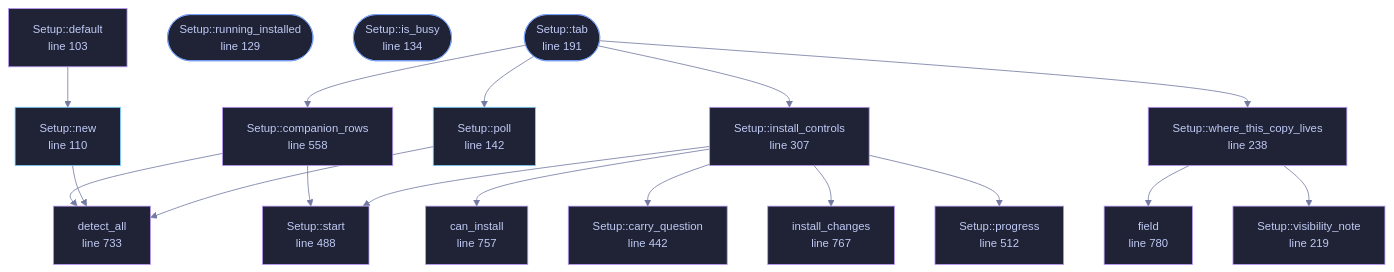
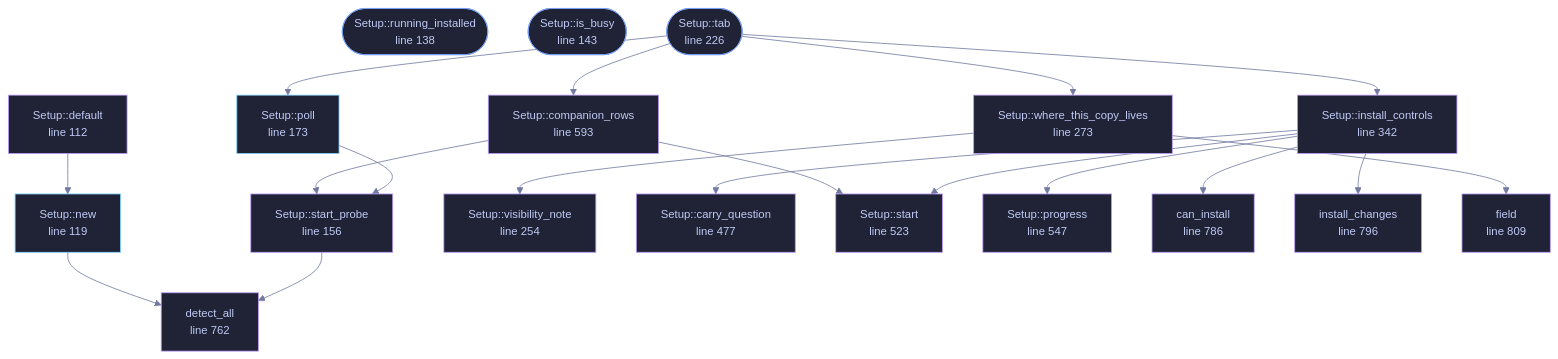
The diagram in docs/files/veilvoice-gui/setup.md (tilas01/veilvoice), drawn with Mermaid before and after one commit. The commit also changed other lines of this file and 57 other files, not shown here.

````diff
--- a/docs/files/veilvoice-gui/setup.md
+++ b/docs/files/veilvoice-gui/setup.md
@@ -113,60 +113,63 @@
 ```mermaid
 %%{init: {"theme":"base","themeVariables":{"background":"#1a1b26","primaryColor":"#1f2335","primaryTextColor":"#c0caf5","primaryBorderColor":"#7aa2f7","secondaryColor":"#16161e","tertiaryColor":"#16161e","lineColor":"#737aa2","textColor":"#c0caf5","mainBkg":"#1f2335","nodeBorder":"#7aa2f7","clusterBkg":"#16161e","clusterBorder":"#2f3549","fontFamily":"ui-monospace, SFMono-Regular, Consolas, monospace","fontSize":"14px"}}}%%
 flowchart TD
-    n_default["Setup::default<br/>line 103"]
-    n_new["Setup::new<br/>line 110"]
-    n_running_installed(["Setup::running_installed<br/>line 129"])
-    n_is_busy(["Setup::is_busy<br/>line 134"])
-    n_poll["Setup::poll<br/>line 142"]
-    n_tab(["Setup::tab<br/>line 191"])
-    n_visibility_note["Setup::visibility_note<br/>line 219"]
-    n_where_this_copy_lives["Setup::where_this_copy_lives<br/>line 238"]
-    n_install_controls["Setup::install_controls<br/>line 307"]
-    n_carry_question["Setup::carry_question<br/>line 442"]
-    n_start["Setup::start<br/>line 488"]
-    n_progress["Setup::progress<br/>line 512"]
-    n_companion_rows["Setup::companion_rows<br/>line 558"]
-    n_detect_all["detect_all<br/>line 733"]
-    n_can_install["can_install<br/>line 757"]
-    n_install_changes["install_changes<br/>line 767"]
-    n_field["field<br/>line 780"]
-    n_companion_rows --> n_detect_all
+    n_default["Setup::default<br/>line 112"]
+    n_new["Setup::new<br/>line 119"]
+    n_running_installed(["Setup::running_installed<br/>line 138"])
+    n_is_busy(["Setup::is_busy<br/>line 143"])
+    n_start_probe["Setup::start_probe<br/>line 156"]
+    n_poll["Setup::poll<br/>line 173"]
+    n_tab(["Setup::tab<br/>line 226"])
+    n_visibility_note["Setup::visibility_note<br/>line 254"]
+    n_where_this_copy_lives["Setup::where_this_copy_lives<br/>line 273"]
+    n_install_controls["Setup::install_controls<br/>line 342"]
+    n_carry_question["Setup::carry_question<br/>line 477"]
+    n_start["Setup::start<br/>line 523"]
+    n_progress["Setup::progress<br/>line 547"]
+    n_companion_rows["Setup::companion_rows<br/>line 593"]
+    n_detect_all["detect_all<br/>line 762"]
+    n_can_install["can_install<br/>line 786"]
+    n_install_changes["install_changes<br/>line 796"]
+    n_field["field<br/>line 809"]
     n_companion_rows --> n_start
+    n_companion_rows --> n_start_probe
     n_default --> n_new
     n_install_controls --> n_can_install
     n_install_controls --> n_carry_question
     n_install_controls --> n_install_changes
     n_install_controls --> n_progress
     n_install_controls --> n_start
     n_new --> n_detect_all
-    n_poll --> n_detect_all
+    n_poll --> n_start_probe
+    n_start_probe --> n_detect_all
     n_tab --> n_companion_rows
     n_tab --> n_install_controls
     n_tab --> n_poll
     n_tab --> n_where_this_copy_lives
     n_where_this_copy_lives --> n_field
     n_where_this_copy_lives --> n_visibility_note
-    click n_default href "https://github.com/tilas01/veilvoice/blob/main/crates/veilvoice-gui/src/setup.rs#L103" "open the source"
-    click n_new href "https://github.com/tilas01/veilvoice/blob/main/crates/veilvoice-gui/src/setup.rs#L110" "open the source"
-    click n_running_installed href "https://github.com/tilas01/veilvoice/blob/main/crates/veilvoice-gui/src/setup.rs#L129" "open the source"
-    click n_is_busy href "https://github.com/tilas01/veilvoice/blob/main/crates/veilvoice-gui/src/setup.rs#L134" "open the source"
-    click n_poll href "https://github.com/tilas01/veilvoice/blob/main/crates/veilvoice-gui/src/setup.rs#L142" "open the source"
-    click n_tab href "https://github.com/tilas01/veilvoice/blob/main/crates/veilvoice-gui/src/setup.rs#L191" "open the source"
-    click n_visibility_note href "https://github.com/tilas01/veilvoice/blob/main/crates/veilvoice-gui/src/setup.rs#L219" "open the source"
-    click n_where_this_copy_lives href "https://github.com/tilas01/veilvoice/blob/main/crates/veilvoice-gui/src/setup.rs#L238" "open the source"
-    click n_install_controls href "https://github.com/tilas01/veilvoice/blob/main/crates/veilvoice-gui/src/setup.rs#L307" "open the source"
-    click n_carry_question href "https://github.com/tilas01/veilvoice/blob/main/crates/veilvoice-gui/src/setup.rs#L442" "open the source"
-    click n_start href "https://github.com/tilas01/veilvoice/blob/main/crates/veilvoice-gui/src/setup.rs#L488" "open the source"
-    click n_progress href "https://github.com/tilas01/veilvoice/blob/main/crates/veilvoice-gui/src/setup.rs#L512" "open the source"
-    click n_companion_rows href "https://github.com/tilas01/veilvoice/blob/main/crates/veilvoice-gui/src/setup.rs#L558" "open the source"
-    click n_detect_all href "https://github.com/tilas01/veilvoice/blob/main/crates/veilvoice-gui/src/setup.rs#L733" "open the source"
-    click n_can_install href "https://github.com/tilas01/veilvoice/blob/main/crates/veilvoice-gui/src/setup.rs#L757" "open the source"
-    click n_install_changes href "https://github.com/tilas01/veilvoice/blob/main/crates/veilvoice-gui/src/setup.rs#L767" "open the source"
-    click n_field href "https://github.com/tilas01/veilvoice/blob/main/crates/veilvoice-gui/src/setup.rs#L780" "open the source"
+    click n_default href "https://github.com/tilas01/veilvoice/blob/main/crates/veilvoice-gui/src/setup.rs#L112" "open the source"
+    click n_new href "https://github.com/tilas01/veilvoice/blob/main/crates/veilvoice-gui/src/setup.rs#L119" "open the source"
+    click n_running_installed href "https://github.com/tilas01/veilvoice/blob/main/crates/veilvoice-gui/src/setup.rs#L138" "open the source"
+    click n_is_busy href "https://github.com/tilas01/veilvoice/blob/main/crates/veilvoice-gui/src/setup.rs#L143" "open the source"
+    click n_start_probe href "https://github.com/tilas01/veilvoice/blob/main/crates/veilvoice-gui/src/setup.rs#L156" "open the source"
+    click n_poll href "https://github.com/tilas01/veilvoice/blob/main/crates/veilvoice-gui/src/setup.rs#L173" "open the source"
+    click n_tab href "https://github.com/tilas01/veilvoice/blob/main/crates/veilvoice-gui/src/setup.rs#L226" "open the source"
+    click n_visibility_note href "https://github.com/tilas01/veilvoice/blob/main/crates/veilvoice-gui/src/setup.rs#L254" "open the source"
+    click n_where_this_copy_lives href "https://github.com/tilas01/veilvoice/blob/main/crates/veilvoice-gui/src/setup.rs#L273" "open the source"
+    click n_install_controls href "https://github.com/tilas01/veilvoice/blob/main/crates/veilvoice-gui/src/setup.rs#L342" "open the source"
+    click n_carry_question href "https://github.com/tilas01/veilvoice/blob/main/crates/veilvoice-gui/src/setup.rs#L477" "open the source"
+    click n_start href "https://github.com/tilas01/veilvoice/blob/main/crates/veilvoice-gui/src/setup.rs#L523" "open the source"
+    click n_progress href "https://github.com/tilas01/veilvoice/blob/main/crates/veilvoice-gui/src/setup.rs#L547" "open the source"
+    click n_companion_rows href "https://github.com/tilas01/veilvoice/blob/main/crates/veilvoice-gui/src/setup.rs#L593" "open the source"
+    click n_detect_all href "https://github.com/tilas01/veilvoice/blob/main/crates/veilvoice-gui/src/setup.rs#L762" "open the source"
+    click n_can_install href "https://github.com/tilas01/veilvoice/blob/main/crates/veilvoice-gui/src/setup.rs#L786" "open the source"
+    click n_install_changes href "https://github.com/tilas01/veilvoice/blob/main/crates/veilvoice-gui/src/setup.rs#L796" "open the source"
+    click n_field href "https://github.com/tilas01/veilvoice/blob/main/crates/veilvoice-gui/src/setup.rs#L809" "open the source"
     classDef entry fill:#1f2335,stroke:#7aa2f7,color:#c0caf5
     class n_running_installed,n_is_busy,n_tab entry
     classDef api fill:#1f2335,stroke:#7dcfff,color:#c0caf5
     class n_new,n_poll api
     classDef helper fill:#1f2335,stroke:#bb9af7,color:#c0caf5
-    class n_default,n_visibility_note,n_where_this_copy_lives,n_install_controls,n_carry_question,n_start,n_progress,n_companion_rows,n_detect_all,n_can_install,n_install_changes,n_field helper
+    class n_default,n_start_probe,n_visibility_note,n_where_this_copy_lives,n_install_controls,n_carry_question,n_start,n_progress,n_companion_rows,n_detect_all,n_can_install,n_install_changes,n_field helper
 ```
````
